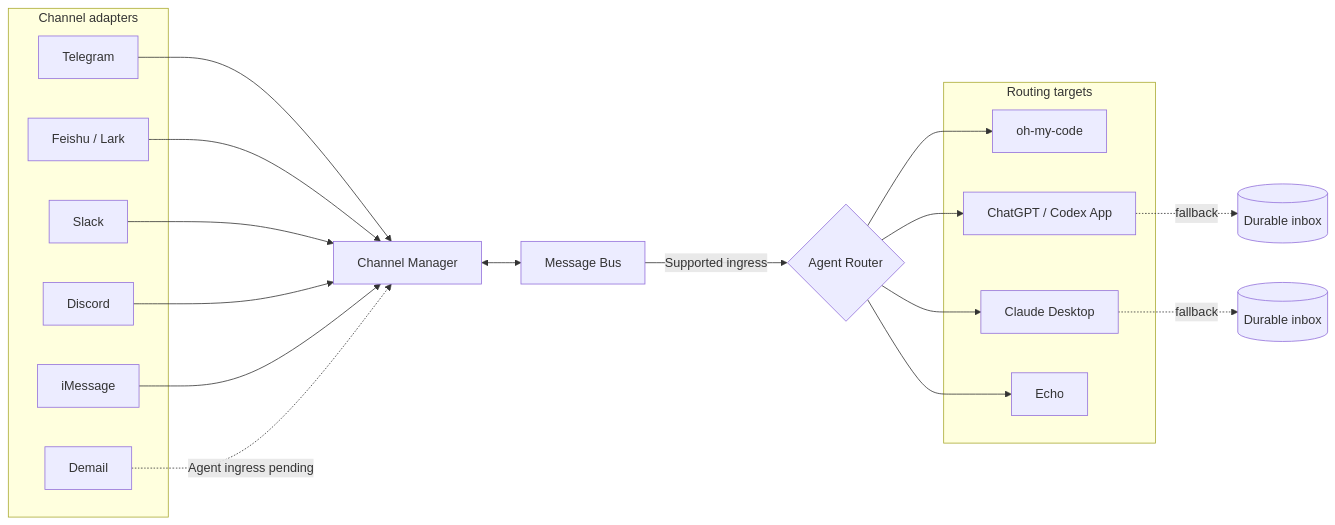
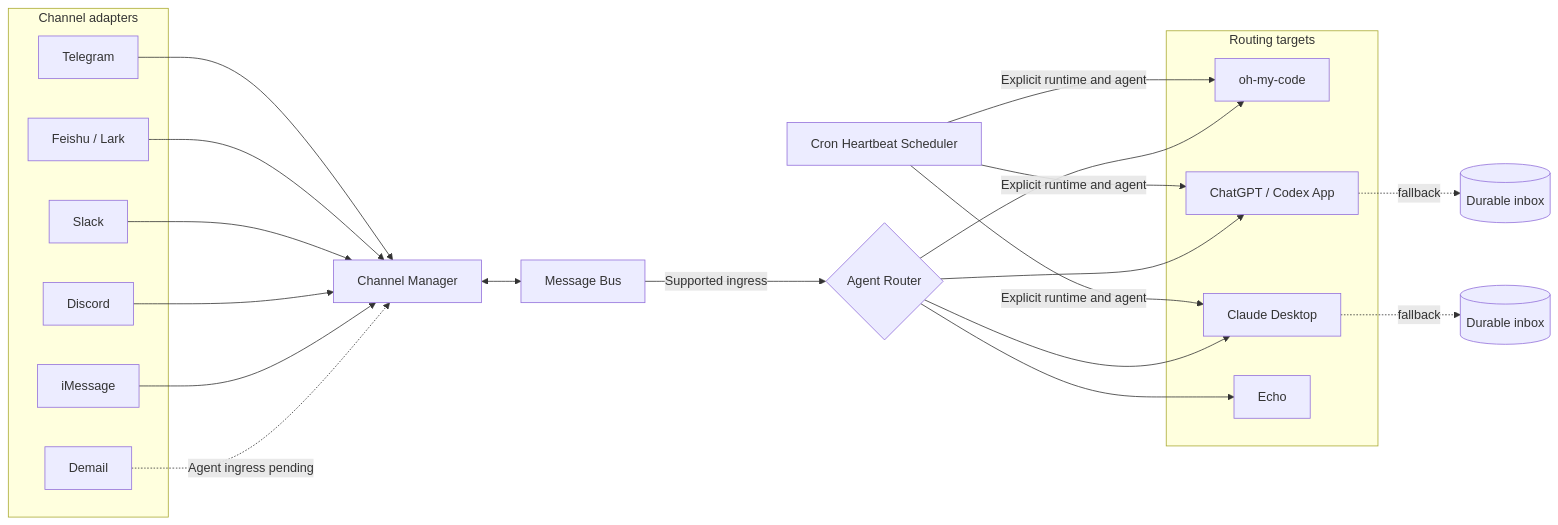
One commit to fractalmind-labs/fractalmind-os changed the diagram in runtime/fractalbot/README.md. Above: the diagram before and after it, drawn with Mermaid. The commit also changed other lines of this file and 20 other files, not shown here.

Commit message:
feat: add unified Agent Runtime heartbeat scheduler

````diff
--- a/runtime/fractalbot/README.md
+++ b/runtime/fractalbot/README.md
@@ -35,37 +35,41 @@
 ```mermaid
 flowchart LR
     subgraph Channels[Channel adapters]
         TG[Telegram]
         FS[Feishu / Lark]
         SL[Slack]
         DC[Discord]
         IM[iMessage]
         DM[Demail]
     end
 
     CM[Channel Manager]
     MB[Message Bus]
     AR{Agent Router}
+    HB[Cron Heartbeat Scheduler]
 
     subgraph Targets[Routing targets]
         OMC[oh-my-code]
         CA[ChatGPT / Codex App]
         CD[Claude Desktop]
         Echo[Echo]
     end
 
     TG --> CM
     FS --> CM
     SL --> CM
     DC --> CM
     IM --> CM
     DM -. Agent ingress pending .-> CM
     CM <--> MB
     MB -->|Supported ingress| AR
+    HB -->|Explicit runtime and agent| OMC
+    HB -->|Explicit runtime and agent| CA
+    HB -->|Explicit runtime and agent| CD
     AR --> OMC
     AR --> CA
     AR --> CD
     AR --> Echo
     CA -. fallback .-> CI[(Durable inbox)]
     CD -. fallback .-> DI[(Durable inbox)]
 ```
````
